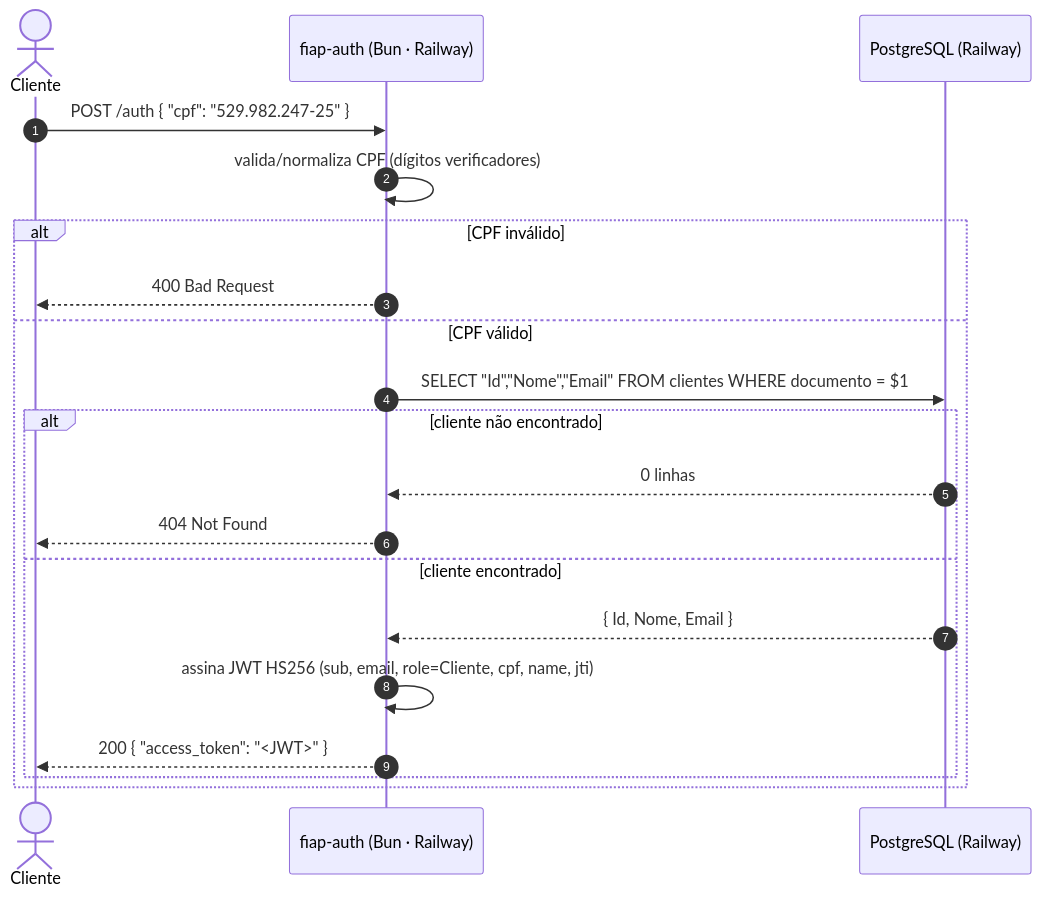
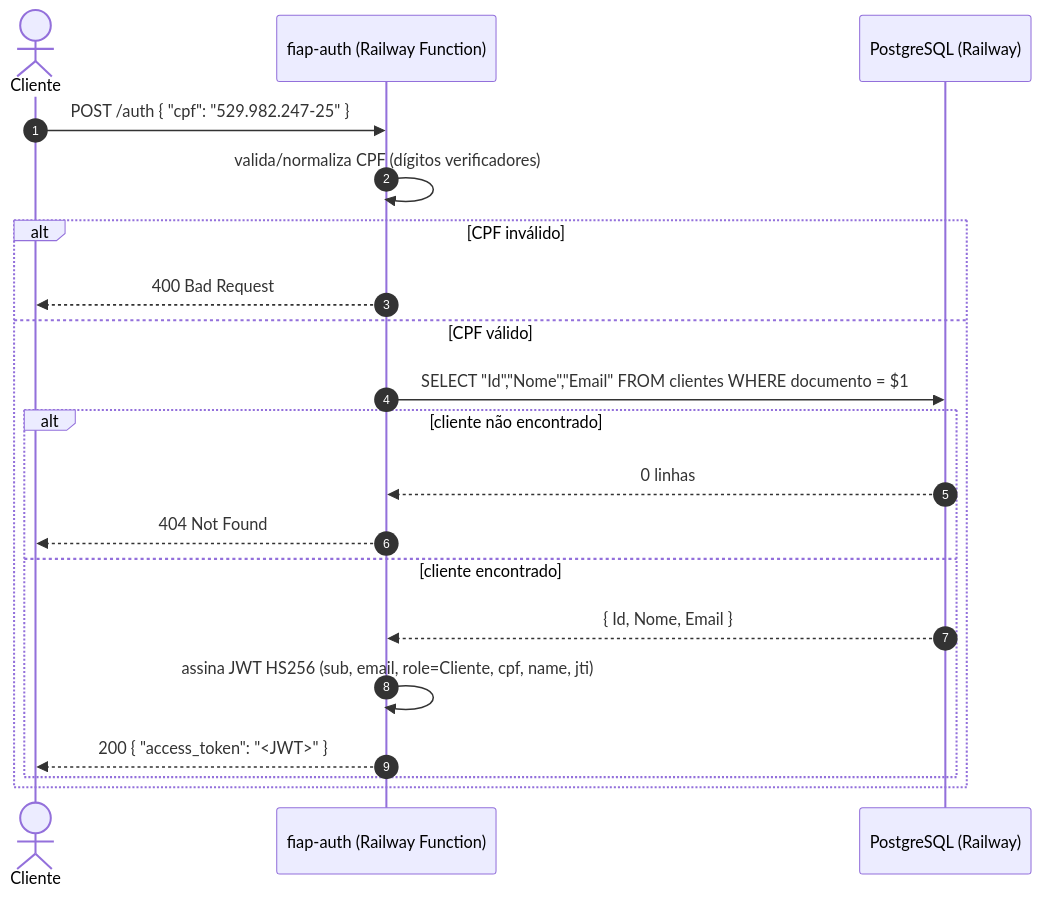
One commit to MathboyL3/fiap-app changed the second of 3 diagrams in docs/ARQUITETURA.md. Above: the diagram before and after it, drawn with Mermaid. The commit also changed other lines of this file and 3 other files, not shown here.

First line of the commit message:
docs: auth agora e Railway Function (serverless), nao container (#11)

````diff
--- a/docs/ARQUITETURA.md
+++ b/docs/ARQUITETURA.md
@@ -88,23 +88,23 @@
 ```mermaid
 sequenceDiagram
   autonumber
   actor C as Cliente
-  participant A as fiap-auth (Bun · Railway)
+  participant A as fiap-auth (Railway Function)
   participant DB as PostgreSQL (Railway)
 
   C->>A: POST /auth { "cpf": "529.982.247-25" }
   A->>A: valida/normaliza CPF (dígitos verificadores)
   alt CPF inválido
     A-->>C: 400 Bad Request
   else CPF válido
     A->>DB: SELECT "Id","Nome","Email" FROM clientes WHERE documento = $1
     alt cliente não encontrado
       DB-->>A: 0 linhas
       A-->>C: 404 Not Found
     else cliente encontrado
       DB-->>A: { Id, Nome, Email }
       A->>A: assina JWT HS256 (sub, email, role=Cliente, cpf, name, jti)
       A-->>C: 200 { "access_token": "<JWT>" }
     end
   end
 ```
````
